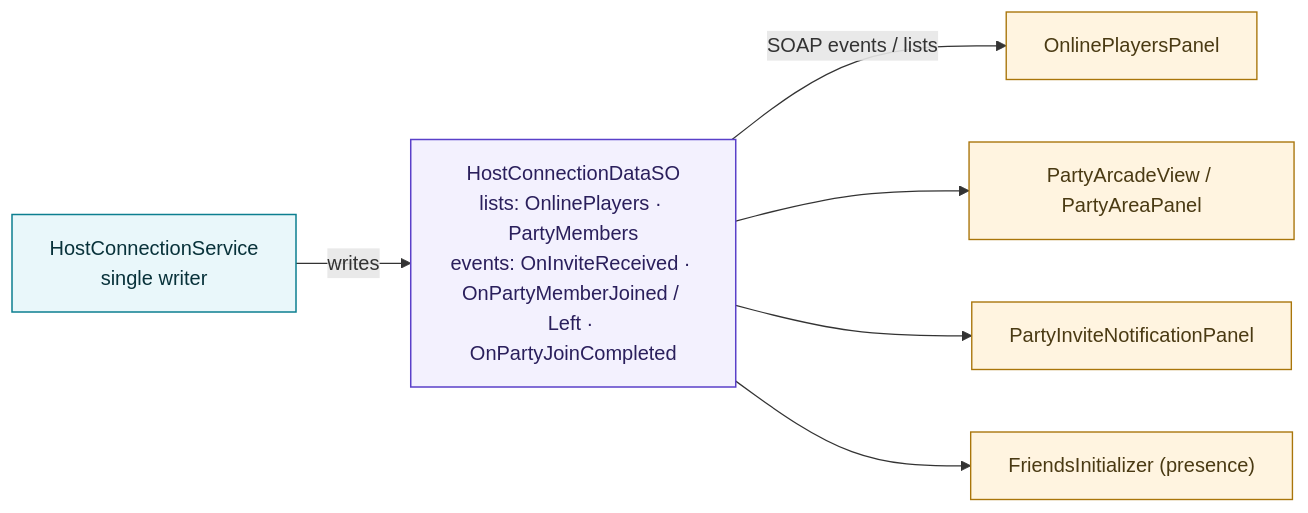
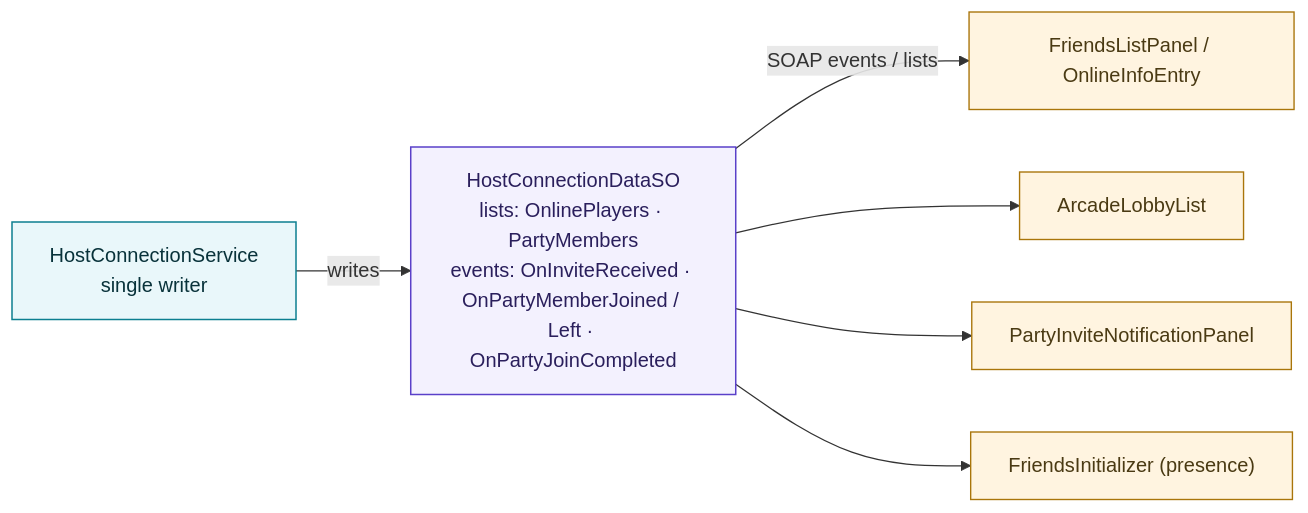
The diagram in Docs/MultiplayerArchitecture/src/diagrams/soap-dataflow.mmd (froglet-studio/Cosmic-Shore), drawn with Mermaid before and after one commit. The commit also changed 14 other files, not shown here.

```diff
--- a/Docs/MultiplayerArchitecture/src/diagrams/soap-dataflow.mmd
+++ b/Docs/MultiplayerArchitecture/src/diagrams/soap-dataflow.mmd
@@ -1,17 +1,17 @@
 flowchart LR
   classDef writer fill:#e9f7fa,stroke:#0c7f90,color:#08323a,stroke-width:1.2px;
   classDef data fill:#f3f1fe,stroke:#5a40c9,color:#2a1f5c,stroke-width:1.2px;
   classDef reader fill:#fff4e0,stroke:#a9750a,color:#4a3a13,stroke-width:1.1px;
 
   W["HostConnectionService<br/>single writer"]:::writer
   D["HostConnectionDataSO<br/>lists: OnlinePlayers · PartyMembers<br/>events: OnInviteReceived · OnPartyMemberJoined / Left · OnPartyJoinCompleted"]:::data
-  r1["OnlinePlayersPanel"]:::reader
-  r2["PartyArcadeView / PartyAreaPanel"]:::reader
+  r1["FriendsListPanel / OnlineInfoEntry"]:::reader
+  r2["ArcadeLobbyList"]:::reader
   r3["PartyInviteNotificationPanel"]:::reader
   r4["FriendsInitializer (presence)"]:::reader
 
   W -- writes --> D
   D -- SOAP events / lists --> r1
   D --> r2
   D --> r3
   D --> r4
```
